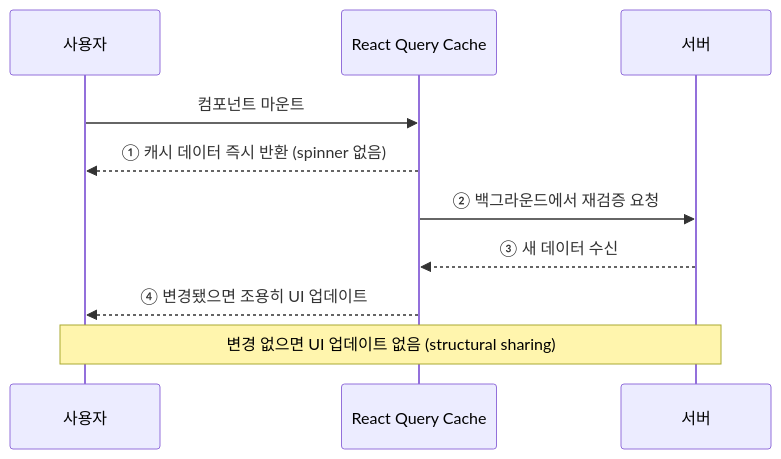
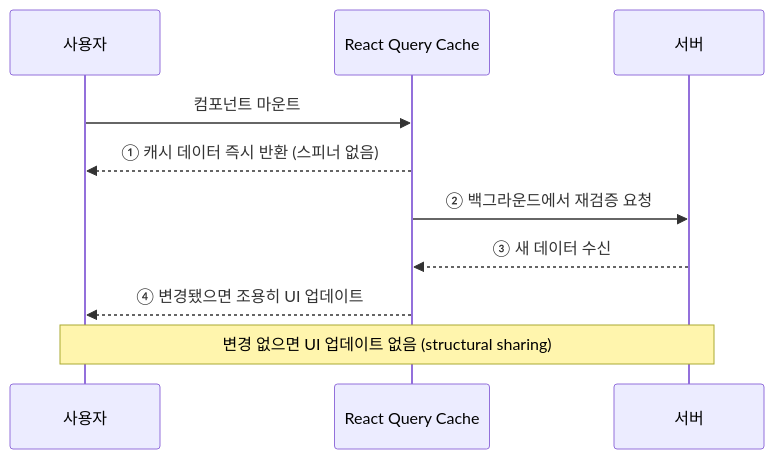
Before and after one commit to Seobway23/Seobway23.github.io: the second of 3 diagrams in posts/study/frontend/react-query/react-query-overview.md, drawn with Mermaid. The commit also changed other lines of this file and 5 other files, not shown here.

````diff
--- a/posts/study/frontend/react-query/react-query-overview.md
+++ b/posts/study/frontend/react-query/react-query-overview.md
@@ -96,14 +110,14 @@
 ```mermaid
 %% desc: Stale-While-Revalidate — 캐시된 데이터를 즉시 보여주고 백그라운드에서 재검증
 sequenceDiagram
   participant U as 사용자
   participant C as React Query Cache
   participant S as 서버
 
   U->>C: 컴포넌트 마운트
-  C-->>U: ① 캐시 데이터 즉시 반환 (spinner 없음)
+  C-->>U: ① 캐시 데이터 즉시 반환 (스피너 없음)
   C->>S: ② 백그라운드에서 재검증 요청
   S-->>C: ③ 새 데이터 수신
   C-->>U: ④ 변경됐으면 조용히 UI 업데이트
   Note over U,S: 변경 없으면 UI 업데이트 없음 (structural sharing)
 ```
````
